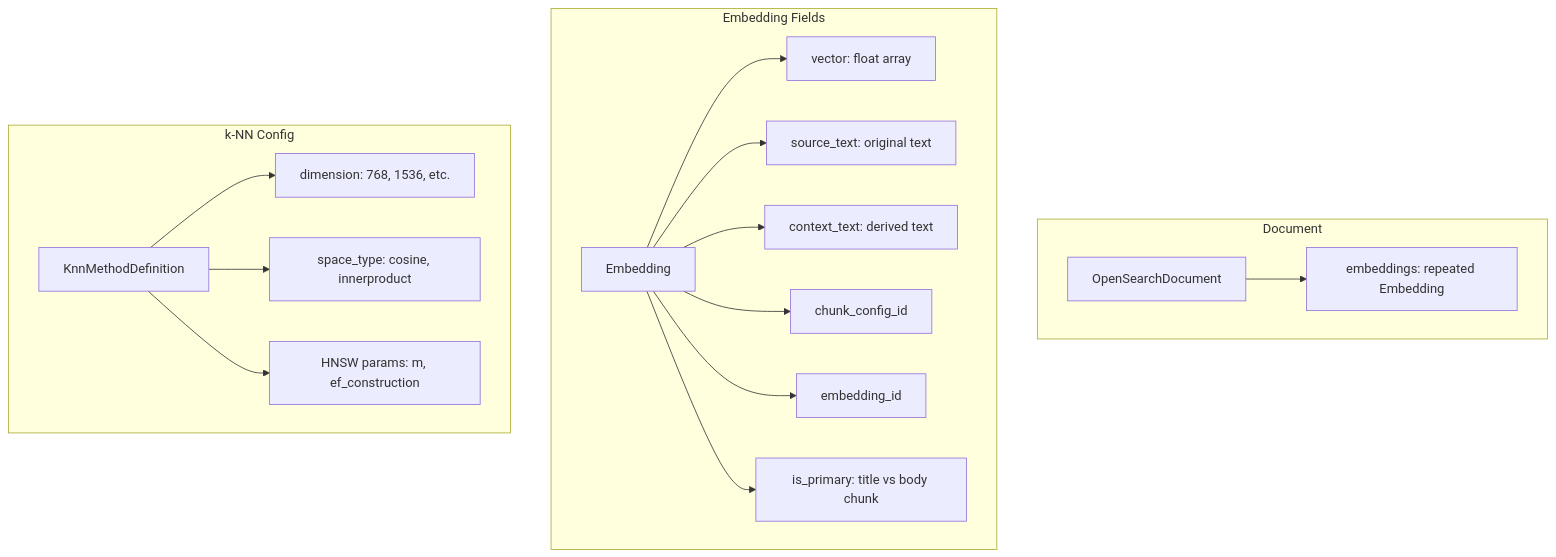
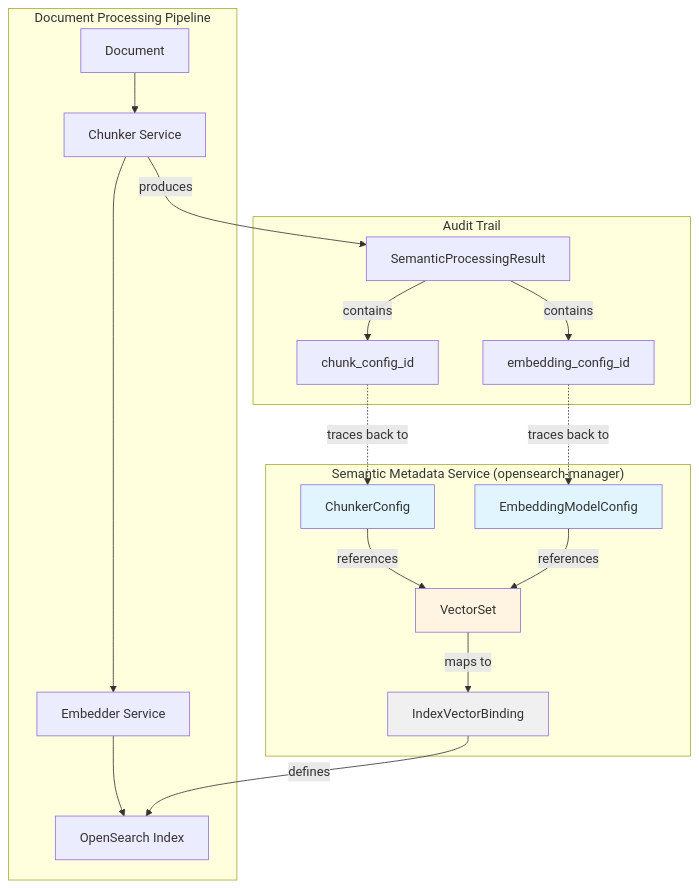
The first of 4 diagrams in opensearch/README.md (ai-pipestream/pipestream-protos), drawn with Mermaid before and after one commit. The commit also changed other lines of this file and 4 other files, not shown here.

````diff
--- a/opensearch/README.md
+++ b/opensearch/README.md
@@ -103,24 +47,34 @@
 ```mermaid
-graph TD
-    subgraph "Document"
-        DOC[OpenSearchDocument]
-        DOC --> EMBS[embeddings: repeated Embedding]
+graph TB
+    subgraph "Document Processing Pipeline"
+        DOC[Document] --> CHUNK[Chunker Service]
+        CHUNK --> EMBED[Embedder Service]
+        EMBED --> INDEX[OpenSearch Index]
     end
-
-    subgraph "Embedding Fields"
-        E[Embedding]
-        E --> V[vector: float array]
-        E --> ST[source_text: original text]
-        E --> CT[context_text: derived text]
-        E --> CCID[chunk_config_id]
-        E --> EID[embedding_id]
-        E --> IP[is_primary: title vs body chunk]
+    
+    subgraph "Semantic Metadata Service (opensearch-manager)"
+        CC[ChunkerConfig]
+        EMC[EmbeddingModelConfig]
+        VS[VectorSet]
+        IVB[IndexVectorBinding]
+        
+        CC -->|references| VS
+        EMC -->|references| VS
+        VS -->|maps to| IVB
+        IVB -->|defines| INDEX
     end
-
-    subgraph "k-NN Config"
-        KNN[KnnMethodDefinition]
-        KNN --> DIM[dimension: 768, 1536, etc.]
-        KNN --> SPACE[space_type: cosine, innerproduct]
-        KNN --> HNSW[HNSW params: m, ef_construction]
+    
+    subgraph "Audit Trail"
+        CHUNK -->|produces| SPR[SemanticProcessingResult]
+        SPR -->|contains| CID[chunk_config_id]
+        SPR -->|contains| EID[embedding_config_id]
+        
+        CID -.->|traces back to| CC
+        EID -.->|traces back to| EMC
     end
+    
+    style CC fill:#e1f5ff
+    style EMC fill:#e1f5ff
+    style VS fill:#fff4e1
+    style IVB fill:#f0f0f0
 ```
````
